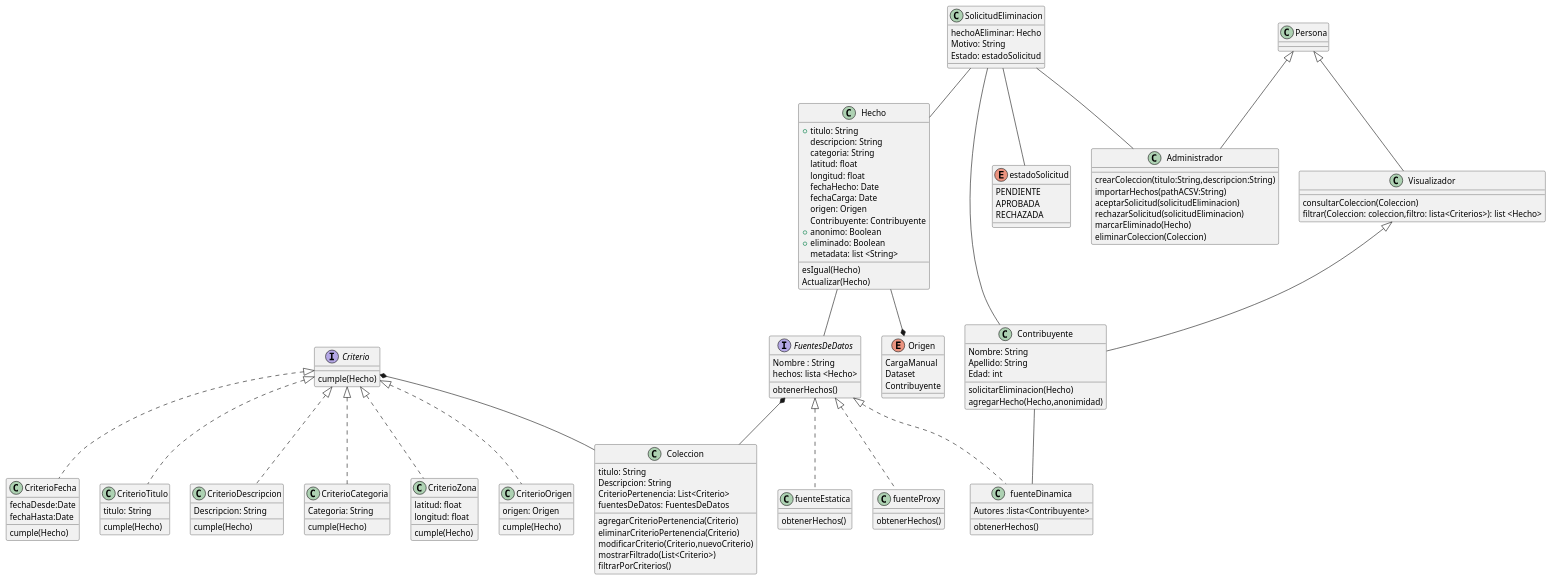
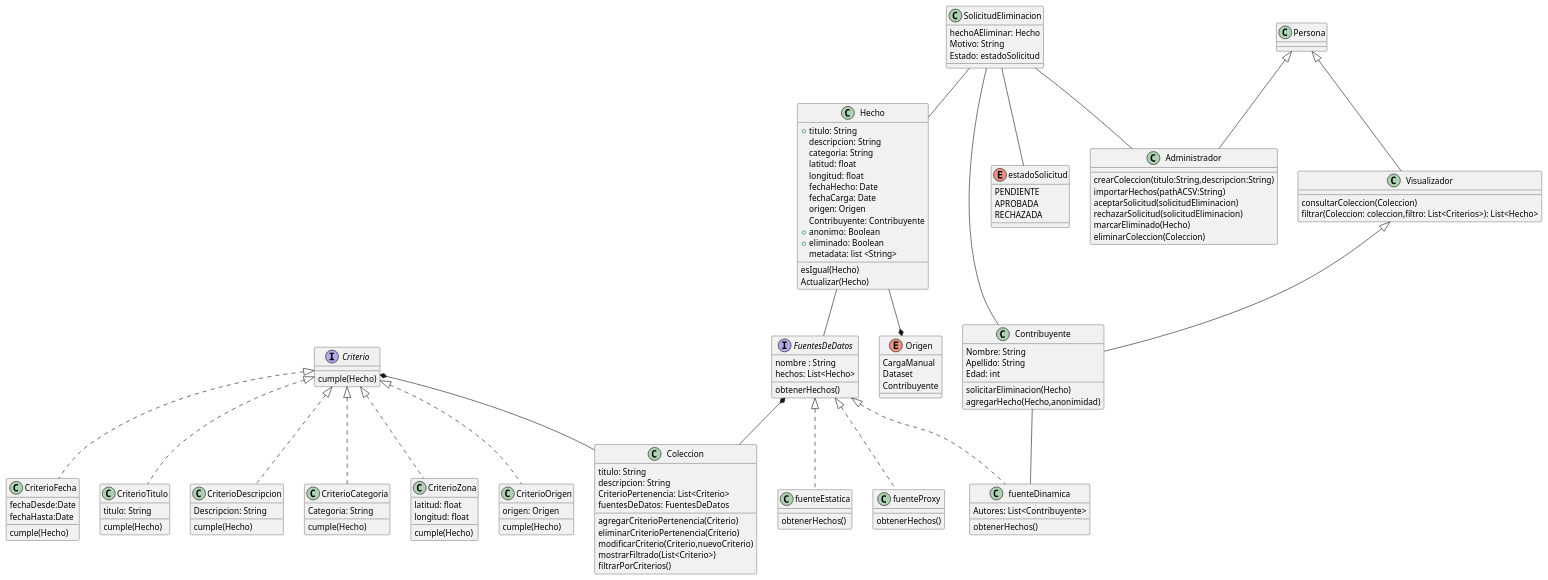
One commit to ITantucci/TP-DDSI changed the first of 2 diagrams in Entrega 1/Diagrama de clases.puml. Above: the diagram before and after it, drawn with PlantUML. The commit also changed other lines of this file, not shown here.

Commit message:
Agrego v2 del diagrama

```diff
--- a/Entrega 1/Diagrama de clases.puml
+++ b/Entrega 1/Diagrama de clases.puml
@@ -1,182 +1,181 @@
 @startuml Diagrama de clases v1
 /'
 -Fuente estatica deberia estar conectada con el administrador ya que este va a cargar los datasets y agregar un campo que sea a que fuente importa los hechos
 -Fuente proxy se vera luego ya que seguro implementa una api para conectarse con otras instancias 
 -Las fuentes no obtienen los hechos, a estas se los carga. Habria que brorrar el medoto obtenerHechos de la interfaz y de las clases que la implementan
 -Administrador fijarse bien la solicitud de eliminacion ya que esta actuaria sobre la fuente de datos y luego sobre los hechos ver como relacionarlo con cualquier fuente 
 -Visualizador solo ve colecciones 
 -Chequear bien los metodos que tienen las clases
 -Es necesario que administrador, visualizador y contribuyente hereden de persona?
 -Consultar si se pueden repetir hechos de otra fuente que no se auna carga por csv, por ejemplo si un contribuyente carga un hecho que ya existe en una fuente dinamica
 -Para que esta el metdo filtrar en viusualizador y despues en coleccion.
 - esta bien que el hecho tenga un contribuyente? en el caso de las cargas csv no tenemos ese dato ya que viene de una fuente estatica, lo necesitamos ahi?
 - La fuente dinamica necesita los contribuyentes? o como los podemos asociar, tambien ya los teniamos cargados en los hechos 
 -vamos a tener dos hechos? uno para multimedia y otro para solo texto? 
 
 '/
 
 FuentesDeDatos *-- Coleccion
 Hecho -- FuentesDeDatos
 Criterio *-- Coleccion
 Hecho --* Origen
 Contribuyente -- fuenteDinamica
 SolicitudEliminacion -- estadoSolicitud
 SolicitudEliminacion -- Contribuyente
 SolicitudEliminacion -- Hecho
 SolicitudEliminacion -- Administrador
 
 
 class Hecho {
     +titulo: String
     descripcion: String
     categoria: String
     latitud: float
     longitud: float
     fechaHecho: Date
     fechaCarga: Date
     origen: Origen
     ' Se agrega autor para identificar al contribuyente que lo sube o quedar anonimo
     Contribuyente: Contribuyente
     +anonimo: Boolean
     +eliminado: Boolean
     metadata: list <String>
     {method}esIgual(Hecho)
     {method}Actualizar(Hecho)
 }
 
 enum Origen{
     CargaManual
     Dataset
     Contribuyente
 }
 
 class SolicitudEliminacion{
     hechoAEliminar: Hecho
     Motivo: String
     Estado: estadoSolicitud 
     'por defecto esta en estado pendiente
 }
 
 class Persona{
 }
 
 class Administrador extends Persona{
     
     {method}crearColeccion(titulo:String,descripcion:String)
     {method}importarHechos(pathACSV:String)
     {method}aceptarSolicitud(solicitudEliminacion)
     {method}rechazarSolicitud(solicitudEliminacion)
     {method}marcarEliminado(Hecho)
     ' no elimina los hechos dentro de la coleccion eliminada
     {method}eliminarColeccion(Coleccion)
 
     ' para la proxima entrega
     ' {method}etiquetar(Hecho)
     ' {method}revisar(Hecho)
 }
 
 class Visualizador extends Persona{
     {method}consultarColeccion(Coleccion)
-    {method}filtrar(Coleccion: coleccion,filtro: lista<Criterios>): list <Hecho>
+    {method}filtrar(Coleccion: coleccion,filtro: List<Criterios>): List<Hecho>
 }
 
 class Contribuyente extends Visualizador{ 
     ' cualquiera que aporte información
     Nombre: String
     Apellido: String
     Edad: int
     {method}solicitarEliminacion(Hecho)
     {method}agregarHecho(Hecho,anonimidad) 
     'se agrega la anonimidad al crear el hecho
 }
 
 interface Criterio{
     
     {method} cumple(Hecho)
 }
 
 class CriterioFecha implements Criterio
 {
     fechaDesde:Date
     fechaHasta:Date
 
     {method}cumple(Hecho)
 }
 
 class CriterioTitulo implements Criterio
 {
     titulo: String
     
     {method}cumple(Hecho)
 }
 
 class CriterioDescripcion implements Criterio
 {
     Descripcion: String
 
     {method}cumple(Hecho)
 }
 
 class CriterioCategoria implements Criterio
 {
     Categoria: String
 
     {method}cumple(Hecho)
 }
 
 class CriterioZona implements Criterio
 {
     latitud: float
     longitud: float
 
     {method}cumple(Hecho)
 }
 
 class CriterioOrigen implements Criterio
 {
     origen: Origen
 
     {method}cumple(Hecho)
 }
 
 class Coleccion{
     titulo: String
-    Descripcion: String
+    descripcion: String
     CriterioPertenencia: List<Criterio>
     fuentesDeDatos: FuentesDeDatos
     {method}agregarCriterioPertenencia(Criterio)
     {method}eliminarCriterioPertenencia(Criterio)
     {method}modificarCriterio(Criterio,nuevoCriterio)
     {method}mostrarFiltrado(List<Criterio>)
     {method}filtrarPorCriterios()
 }
     
 interface FuentesDeDatos{
-    Nombre : String
-    hechos: lista <Hecho>
+    nombre : String
+    hechos: List<Hecho>
     {method} obtenerHechos()
 }
 class fuenteEstatica implements FuentesDeDatos{
 
     {method} obtenerHechos()
 }
 class fuenteDinamica implements FuentesDeDatos{
-    Autores :lista<Contribuyente>
+    Autores: List<Contribuyente>
     {method} obtenerHechos()
-    ' solo deberia tener una lista de hechos, los hechos individuales los carga cada contribuyente
-
+    'solo deberia tener una lista de hechos, los hechos individuales los carga cada contribuyente'
 }
 
 class fuenteProxy implements FuentesDeDatos{
     {method} obtenerHechos()
 }
 
 
 enum estadoSolicitud{
     PENDIENTE 
     APROBADA
     RECHAZADA
 }
 
 
 @enduml
```
